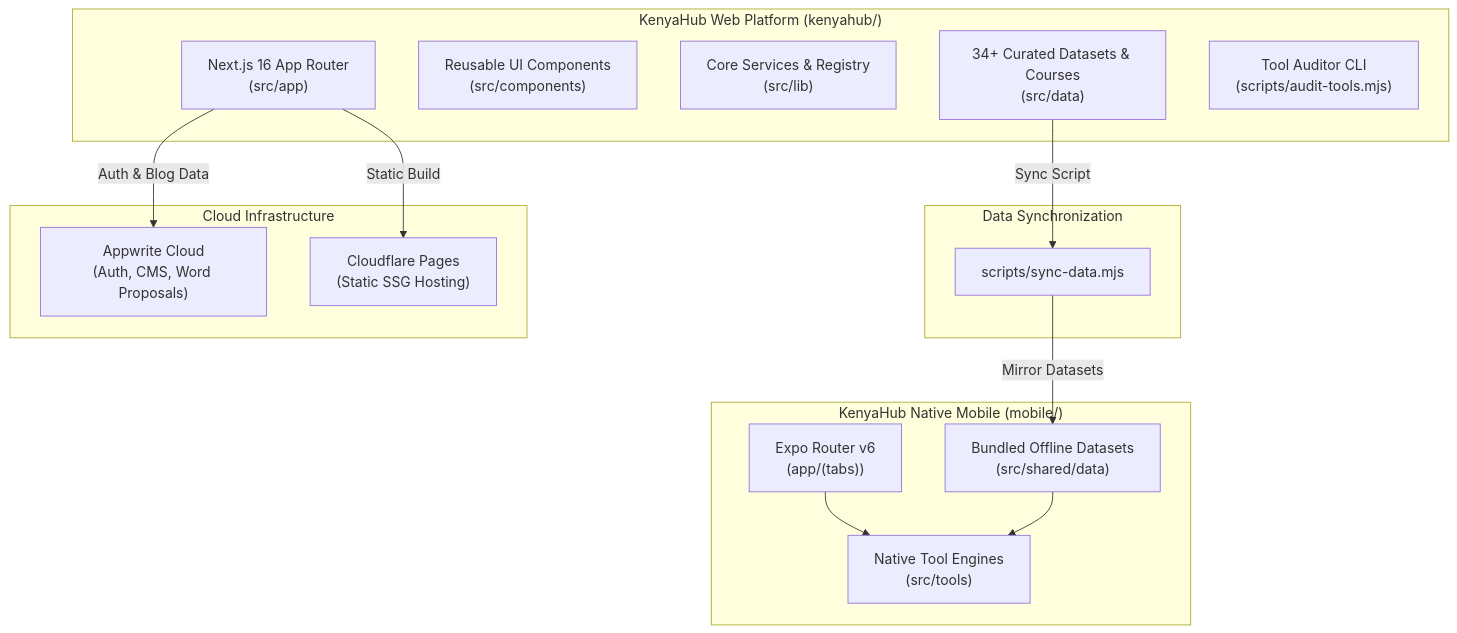
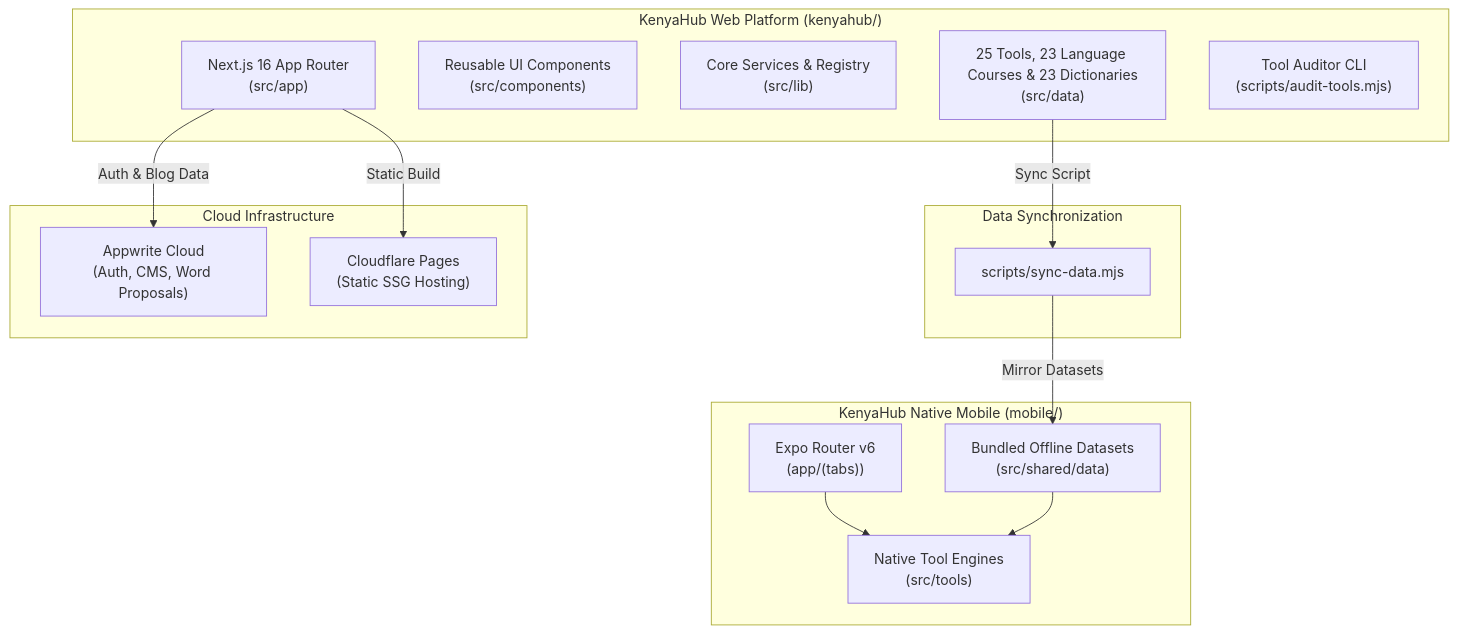
One commit to AndySamOmolo/Kenya-Hub changed the first of 4 diagrams in kenyahub_architecture_analysis.md. Above: the diagram before and after it, drawn with Mermaid. The commit also changed 224 other files, not shown here.

````diff
--- a/kenyahub_architecture_analysis.md
+++ b/kenyahub_architecture_analysis.md
@@ -6,32 +6,32 @@
 ```mermaid
 flowchart TD
     subgraph WebPlatform["KenyaHub Web Platform (kenyahub/)"]
         AppRouter["Next.js 16 App Router\n(src/app)"]
         Components["Reusable UI Components\n(src/components)"]
         Lib["Core Services & Registry\n(src/lib)"]
-        StaticData["34+ Curated Datasets & Courses\n(src/data)"]
+        StaticData["25 Tools, 23 Language Courses & 23 Dictionaries\n(src/data)"]
         Auditor["Tool Auditor CLI\n(scripts/audit-tools.mjs)"]
     end
 
     subgraph DataSync["Data Synchronization"]
         SyncScript["scripts/sync-data.mjs"]
     end
 
     subgraph MobileApp["KenyaHub Native Mobile (mobile/)"]
         ExpoRouter["Expo Router v6\n(app/(tabs))"]
         NativeTools["Native Tool Engines\n(src/tools)"]
         SharedData["Bundled Offline Datasets\n(src/shared/data)"]
     end
 
     subgraph Backend["Cloud Infrastructure"]
         AppwriteCloud["Appwrite Cloud\n(Auth, CMS, Word Proposals)"]
         CloudflarePages["Cloudflare Pages\n(Static SSG Hosting)"]
     end
 
     StaticData -->|Sync Script| SyncScript
     SyncScript -->|Mirror Datasets| SharedData
     AppRouter -->|Static Build| CloudflarePages
     AppRouter -->|Auth & Blog Data| AppwriteCloud
     ExpoRouter --> NativeTools
     SharedData --> NativeTools
 ```
````
